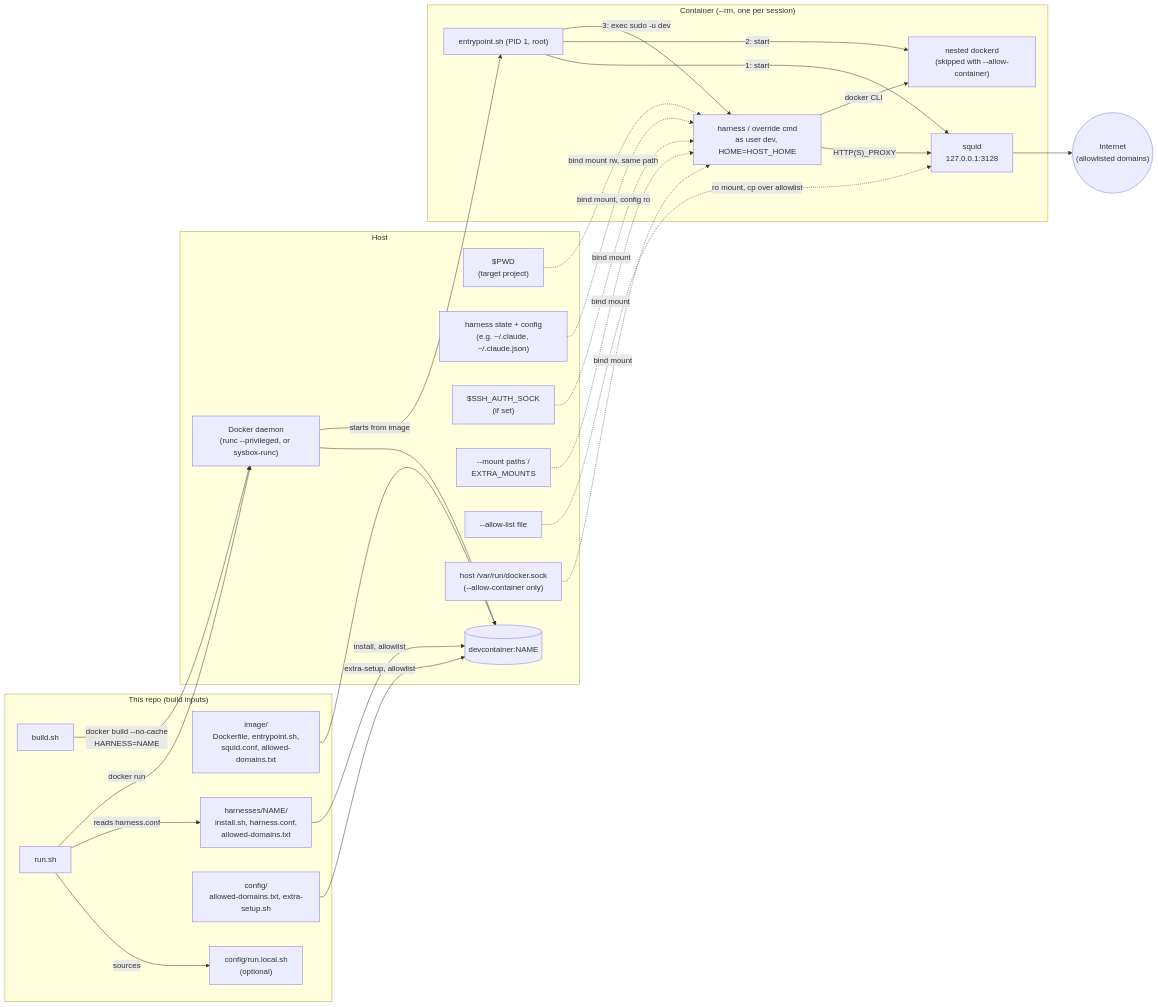
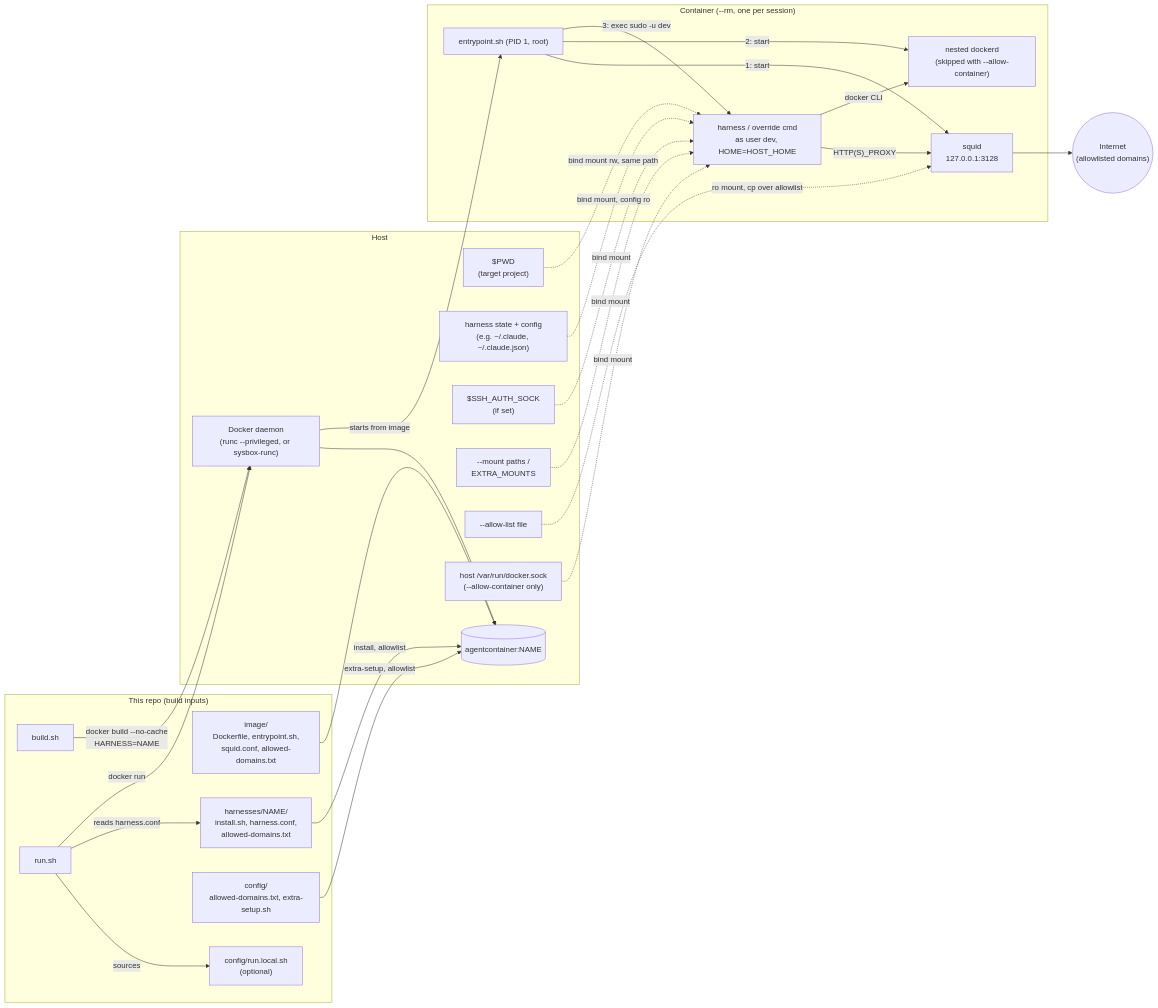
One commit to WildDogOne/Agent-Container changed the diagram in README.md. Above: the diagram before and after it, drawn with Mermaid. The commit also changed other lines of this file and 11 other files, not shown here.

Commit message:
project rename from devcontainer -> agentcontainer

````diff
--- a/README.md
+++ b/README.md
@@ -185,54 +185,54 @@
 ```mermaid
 flowchart LR
     subgraph repo["This repo (build inputs)"]
         buildsh["build.sh"]
         image_dir["image/<br/>Dockerfile, entrypoint.sh,<br/>squid.conf, allowed-domains.txt"]
         harness_dir["harnesses/NAME/<br/>install.sh, harness.conf,<br/>allowed-domains.txt"]
         config_dir["config/<br/>allowed-domains.txt, extra-setup.sh"]
         runsh["run.sh"]
         runlocal["config/run.local.sh<br/>(optional)"]
     end
 
     subgraph host["Host"]
         pwd["$PWD<br/>(target project)"]
         harnesscfg["harness state + config<br/>(e.g. ~/.claude, ~/.claude.json)"]
         ssh["$SSH_AUTH_SOCK<br/>(if set)"]
         extramounts["--mount paths /<br/>EXTRA_MOUNTS"]
         allowoverride["--allow-list file"]
         hostsock["host /var/run/docker.sock<br/>(--allow-container only)"]
         dockerd_host["Docker daemon<br/>(runc --privileged, or sysbox-runc)"]
-        image[("devcontainer:NAME")]
+        image[("agentcontainer:NAME")]
     end
 
     subgraph ctr["Container (--rm, one per session)"]
         pid1["entrypoint.sh (PID 1, root)"]
         squid["squid<br/>127.0.0.1:3128"]
         innerdockerd["nested dockerd<br/>(skipped with --allow-container)"]
         devcmd["harness / override cmd<br/>as user dev, HOME=HOST_HOME"]
     end
 
     internet(("Internet<br/>(allowlisted domains)"))
 %% build time
     buildsh -- " docker build --no-cache<br/>HARNESS=NAME " --> dockerd_host
     image_dir --> image
     harness_dir -- " install, allowlist " --> image
     config_dir -- " extra-setup, allowlist " --> image
     dockerd_host --> image
 %% run time
     runsh -- sources --> runlocal
     runsh -- " reads harness.conf " --> harness_dir
     runsh -- " docker run " --> dockerd_host
     dockerd_host -- " starts from image " --> pid1
     pwd -. " bind mount rw, same path " .-> devcmd
     harnesscfg -. " bind mount, config ro " .-> devcmd
     ssh -. " bind mount " .-> devcmd
     extramounts -. " bind mount " .-> devcmd
     allowoverride -. " ro mount, cp over allowlist " .-> squid
     hostsock -. " bind mount " .-> devcmd
     pid1 -- " 1: start " --> squid
     pid1 -- " 2: start " --> innerdockerd
     pid1 -- " 3: exec sudo -u dev " --> devcmd
     devcmd -- " HTTP(S)_PROXY " --> squid
     devcmd -- " docker CLI " --> innerdockerd
     squid --> internet
 ```
````
